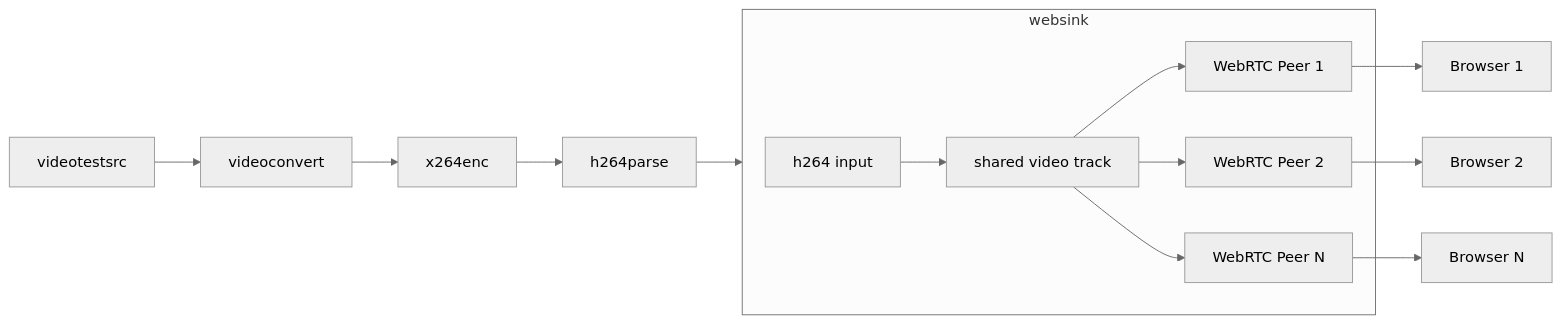
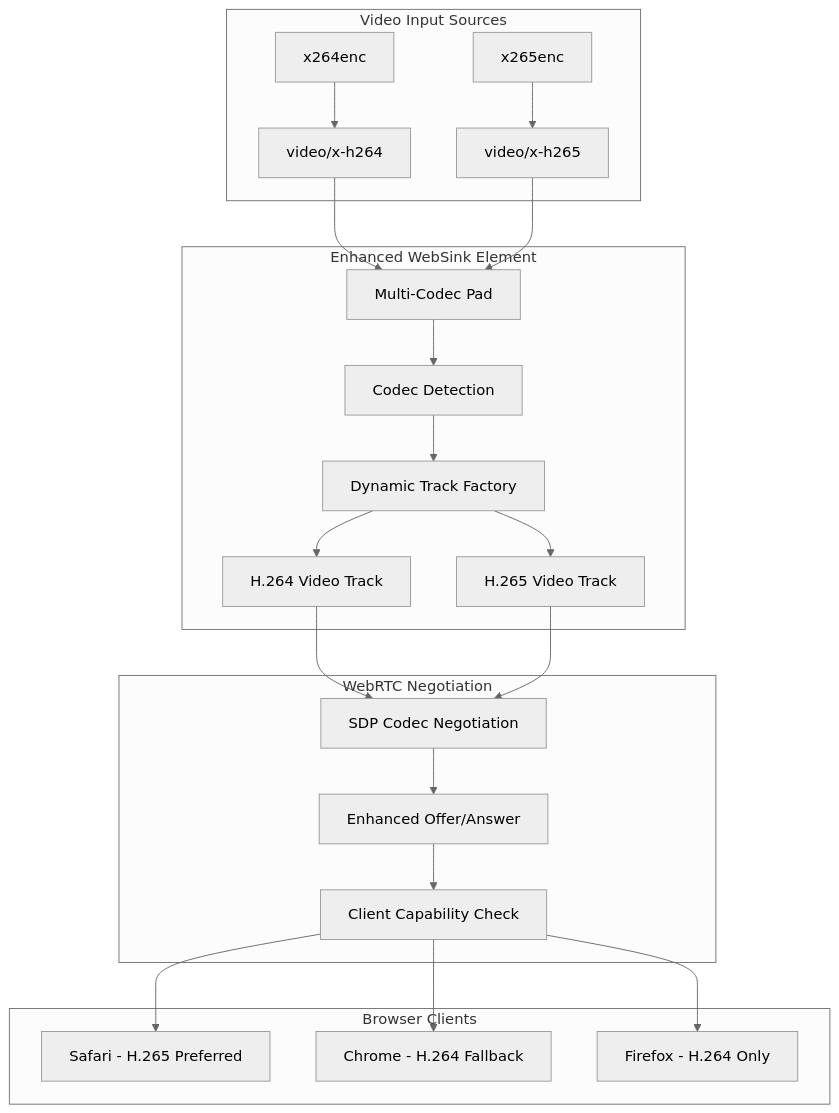
The diagram in README.md (VideologyInc/websink), drawn with Mermaid (neutral theme) before and after one commit. The commit also changed other lines of this file and 6 other files, not shown here.

````diff
--- a/README.md
+++ b/README.md
@@ -67,13 +113,30 @@
 ```mermaid
-graph LR
-    videotestsrc --> videoconvert --> x264enc --> h264parse --> websink
-    subgraph websink
-        h264input[h264 input] --> videoTrack[shared video track]
-        videoTrack --> webrtcPeer1[WebRTC Peer 1]
-        videoTrack --> webrtcPeer2[WebRTC Peer 2]
-        videoTrack --> webrtcPeerN[WebRTC Peer N]
+graph TB
+    subgraph Input [Video Input Sources]
+        H264_SRC[x264enc] --> H264_CAPS[video/x-h264]
+        H265_SRC[x265enc] --> H265_CAPS[video/x-h265]
     end
-    webrtcPeer1 --> browser1[Browser 1]
-    webrtcPeer2 --> browser2[Browser 2]
-    webrtcPeerN --> browserN[Browser N]
+    
+    subgraph WebSink [Enhanced WebSink Element]
+        MULTI_PAD[Multi-Codec Pad] --> CODEC_DETECT[Codec Detection]
+        CODEC_DETECT --> TRACK_FACTORY[Dynamic Track Factory]
+        TRACK_FACTORY --> H264_TRACK[H.264 Video Track]
+        TRACK_FACTORY --> H265_TRACK[H.265 Video Track]
+    end
+    
+    subgraph WebRTC [WebRTC Negotiation]
+        H264_TRACK --> SDP_NEG[SDP Codec Negotiation]
+        H265_TRACK --> SDP_NEG
+        SDP_NEG --> OFFER[Enhanced Offer/Answer]
+        OFFER --> CLIENT_CAP[Client Capability Check]
+    end
+    
+    subgraph Clients [Browser Clients]
+        CLIENT_CAP --> SAFARI[Safari - H.265 Preferred]
+        CLIENT_CAP --> CHROME[Chrome - H.264 Fallback]
+        CLIENT_CAP --> FIREFOX[Firefox - H.264 Only]
+    end
+    
+    H264_CAPS --> MULTI_PAD
+    H265_CAPS --> MULTI_PAD
 ```
````
